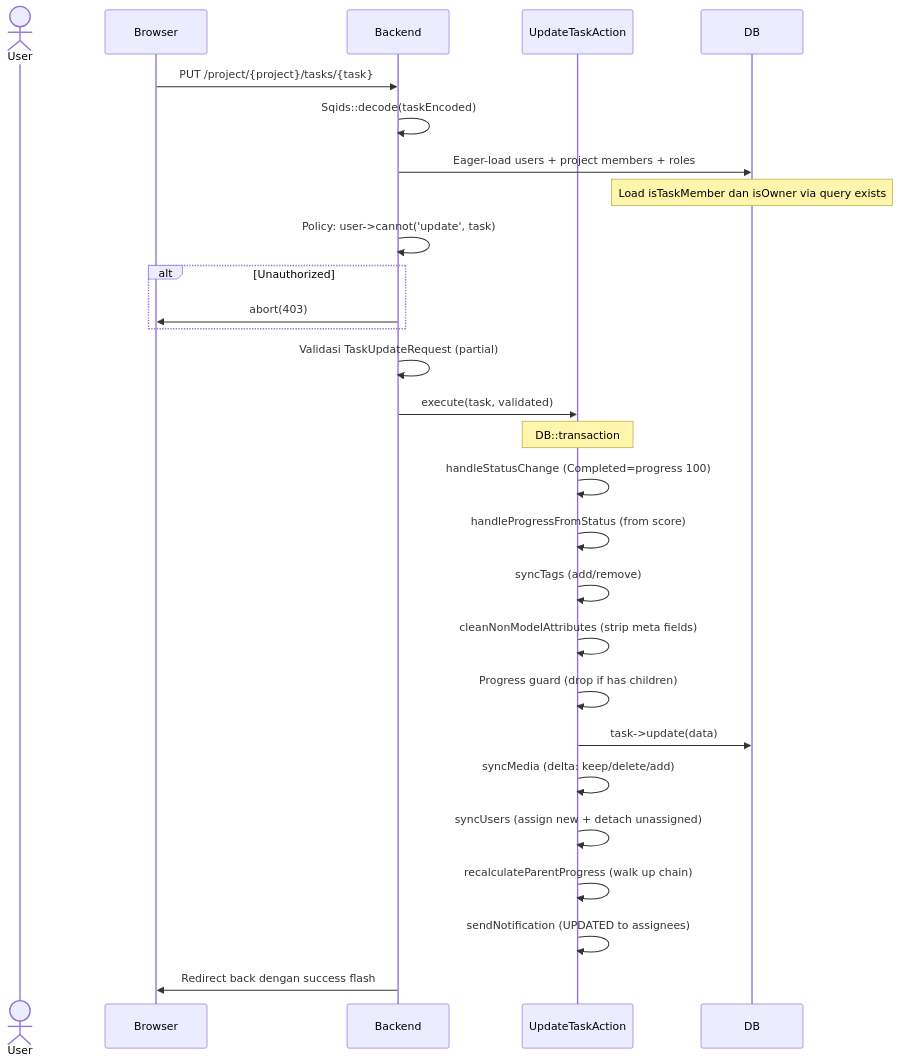
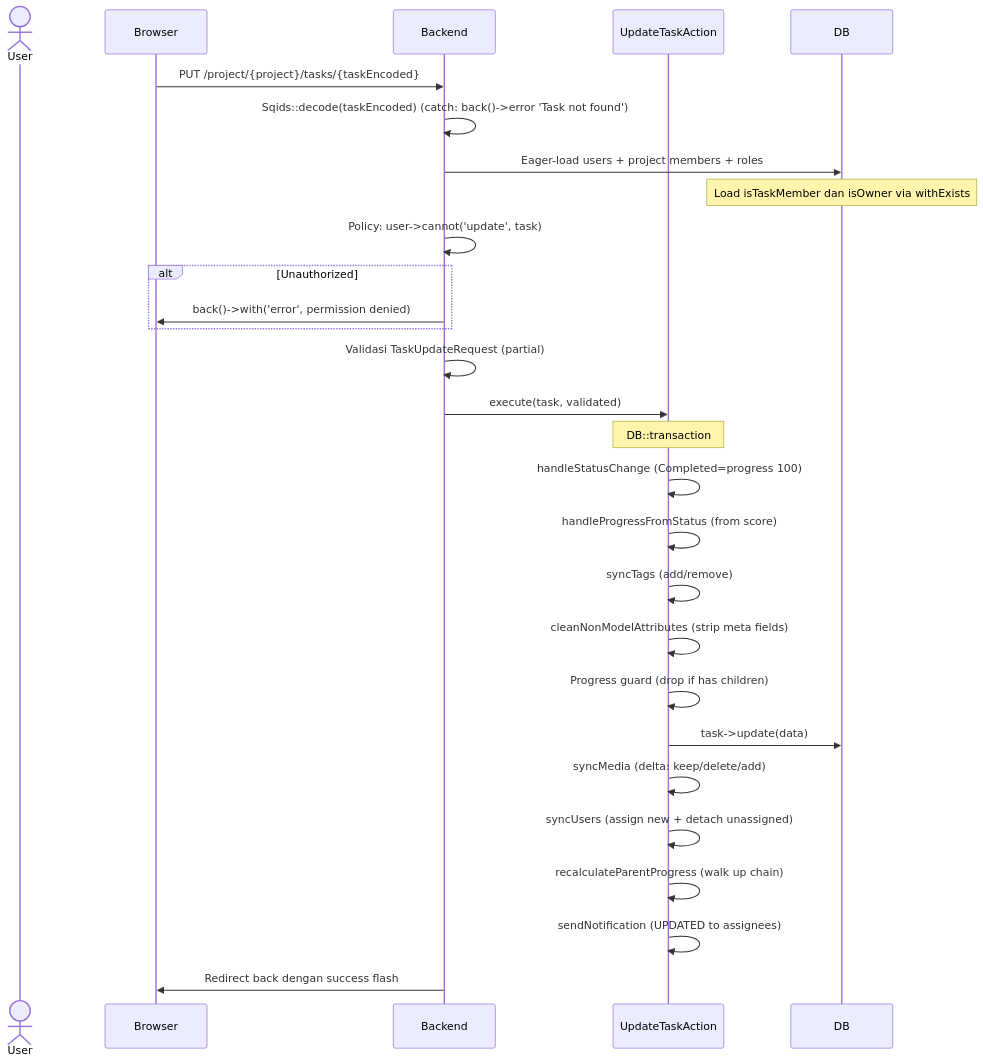
The second of 8 diagrams in docs/task/management.md (priamitra273/laptoplain), drawn with Mermaid before and after one commit. The commit also changed other lines of this file and 14 other files, not shown here.

Commit message:
feat: update validation rules and improve error handling across authentication and task management documentation

````diff
--- a/docs/task/management.md
+++ b/docs/task/management.md
@@ -87,37 +88,37 @@
 ```mermaid
 sequenceDiagram
     actor User
     participant Browser
     participant Backend
     participant UpdateTaskAction
     participant DB
 
-    Browser->>Backend: PUT /project/{project}/tasks/{task}
+    Browser->>Backend: PUT /project/{project}/tasks/{taskEncoded}
 
-    Backend->>Backend: Sqids::decode(taskEncoded)
+    Backend->>Backend: Sqids::decode(taskEncoded) (catch: back()->error 'Task not found')
     Backend->>DB: Eager-load users + project members + roles
-    Note over DB: Load isTaskMember dan isOwner via query exists
+    Note over DB: Load isTaskMember dan isOwner via withExists
 
     Backend->>Backend: Policy: user->cannot('update', task)
     alt Unauthorized
-        Backend->>Browser: abort(403)
+        Backend->>Browser: back()->with('error', permission denied)
     end
 
     Backend->>Backend: Validasi TaskUpdateRequest (partial)
 
     Backend->>UpdateTaskAction: execute(task, validated)
     Note over UpdateTaskAction: DB::transaction
 
     UpdateTaskAction->>UpdateTaskAction: handleStatusChange (Completed=progress 100)
     UpdateTaskAction->>UpdateTaskAction: handleProgressFromStatus (from score)
     UpdateTaskAction->>UpdateTaskAction: syncTags (add/remove)
     UpdateTaskAction->>UpdateTaskAction: cleanNonModelAttributes (strip meta fields)
     UpdateTaskAction->>UpdateTaskAction: Progress guard (drop if has children)
     UpdateTaskAction->>DB: task->update(data)
     UpdateTaskAction->>UpdateTaskAction: syncMedia (delta: keep/delete/add)
     UpdateTaskAction->>UpdateTaskAction: syncUsers (assign new + detach unassigned)
     UpdateTaskAction->>UpdateTaskAction: recalculateParentProgress (walk up chain)
     UpdateTaskAction->>UpdateTaskAction: sendNotification (UPDATED to assignees)
 
     Backend->>Browser: Redirect back dengan success flash
 ```
````
